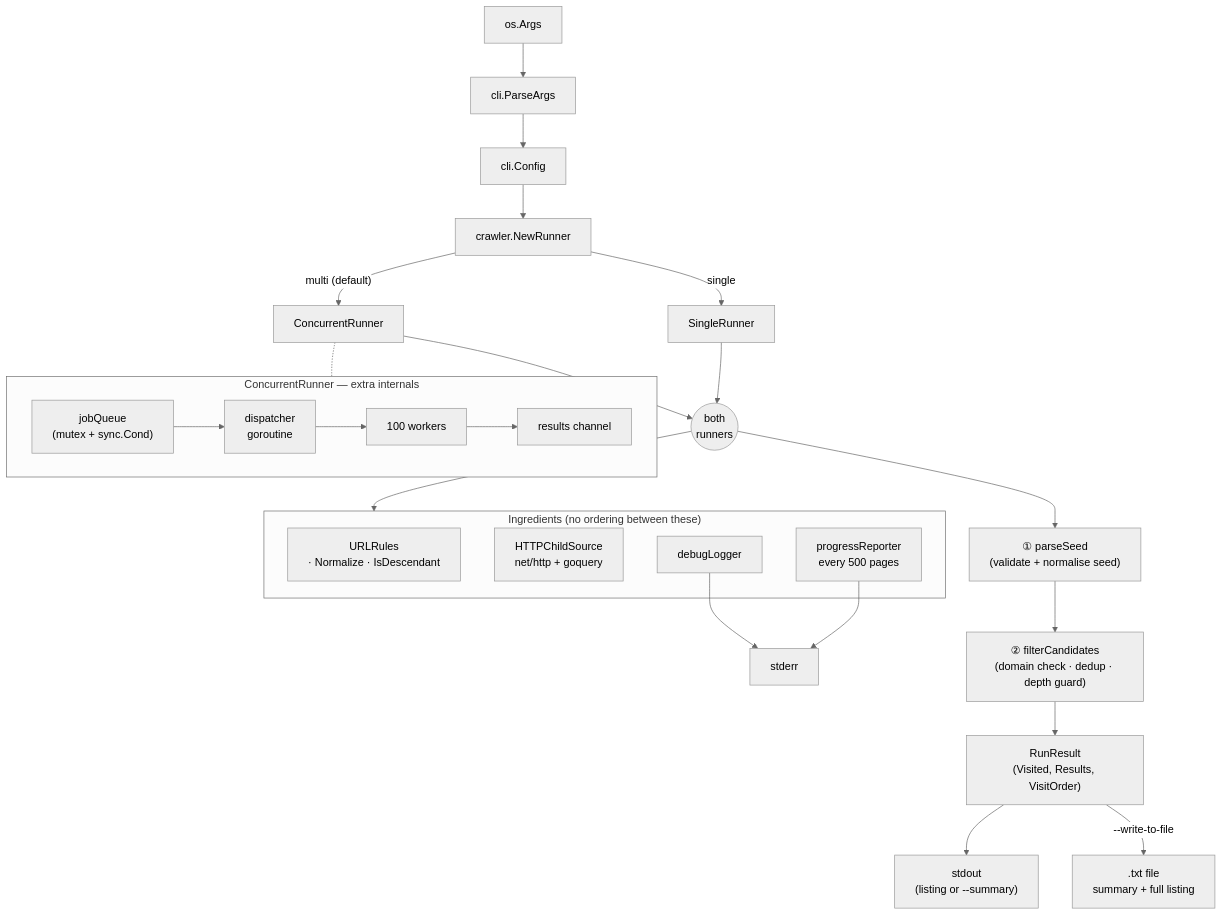
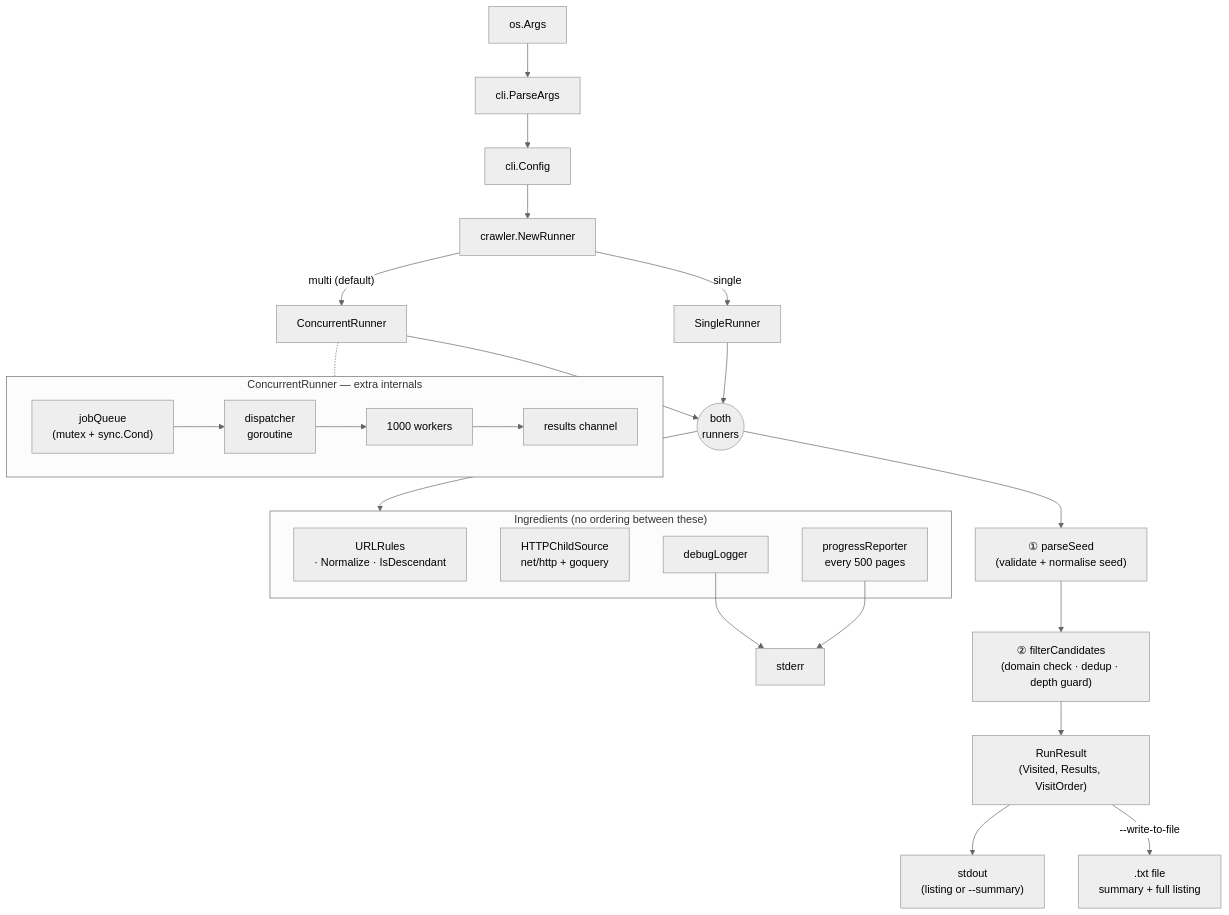
The diagram in README.md (nmattock/monzo-crawler), drawn with Mermaid (neutral theme) before and after one commit. The commit also changed other lines of this file and 6 other files, not shown here.

````diff
--- a/README.md
+++ b/README.md
@@ -139,31 +139,31 @@
 ```mermaid
 graph TD
     args["os.Args"] --> PA["cli.ParseArgs"] --> Cfg["cli.Config"] --> NR["crawler.NewRunner"]
     NR -->|"multi (default)"| CR["ConcurrentRunner"]
     NR -->|single| SR["SingleRunner"]
 
     subgraph ci["ConcurrentRunner — extra internals"]
-        JQ["jobQueue\n(mutex + sync.Cond)"] --> D["dispatcher\ngoroutine"] --> W["100 workers"] --> RC["results channel"]
+        JQ["jobQueue\n(mutex + sync.Cond)"] --> D["dispatcher\ngoroutine"] --> W["1000 workers"] --> RC["results channel"]
     end
     CR -.- ci
 
     CR --> Both(("both\nrunners"))
     SR --> Both
 
     subgraph ing["Ingredients (no ordering between these)"]
         UR["URLRules\n· Normalize · IsDescendant"]
         HS["HTTPChildSource\nnet/http + goquery"]
         DL["debugLogger"]
         PR["progressReporter\nevery 500 pages"]
     end
 
     Both --> ing
     DL & PR --> SE["stderr"]
 
     Both --> PS["① parseSeed\n(validate + normalise seed)"]
     PS --> FC["② filterCandidates\n(domain check · dedup · depth guard)"]
     FC --> RR["RunResult\n(Visited, Results, VisitOrder)"]
 
     RR --> SO["stdout\n(listing or --summary)"]
     RR -->|"--write-to-file"| FI[".txt file\nsummary + full listing"]
 ```
````
